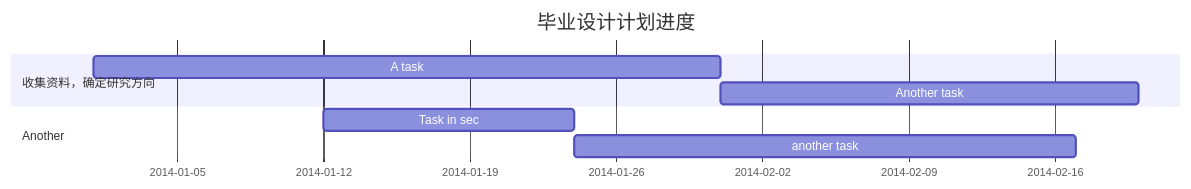
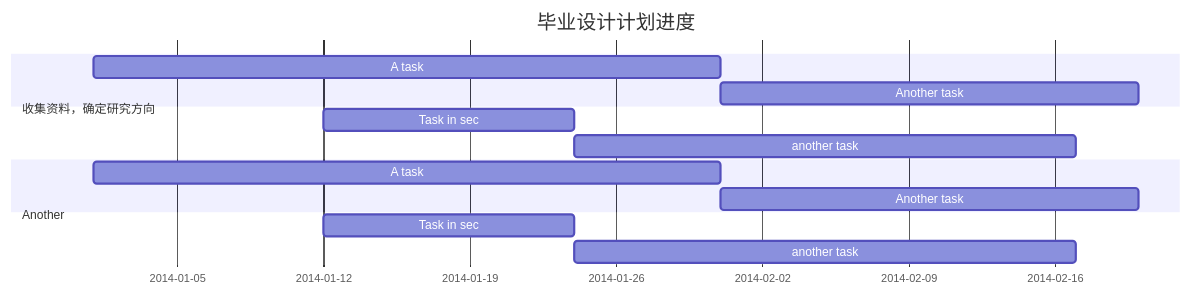
Before and after one commit to Kelseyyz/iodraw-files: the diagram in all/未命名.md, drawn with Mermaid.

Commit message:
2024-12-30 10:53:37 update

````diff
--- a/all/未命名.md
+++ b/all/未命名.md
@@ -1,12 +1,20 @@
 ```mermaid
 gantt
     title 毕业设计计划进度
     dateFormat  YYYY-MM-DD
     
     section 收集资料，确定研究方向
     A task           :a1, 2014-01-01, 30d
     Another task     :after a1  , 20d
     section Another
     Task in sec      :2014-01-12  , 12d
     another task      : 24d
+
+
+    section 收集资料，确定研究方向
+    A task           :a1, 2014-01-01, 30d
+    Another task     :after a1  , 20d
+    section Another
+    Task in sec      :2014-01-12  , 12d
+    another task      : 24d
 ```
````
